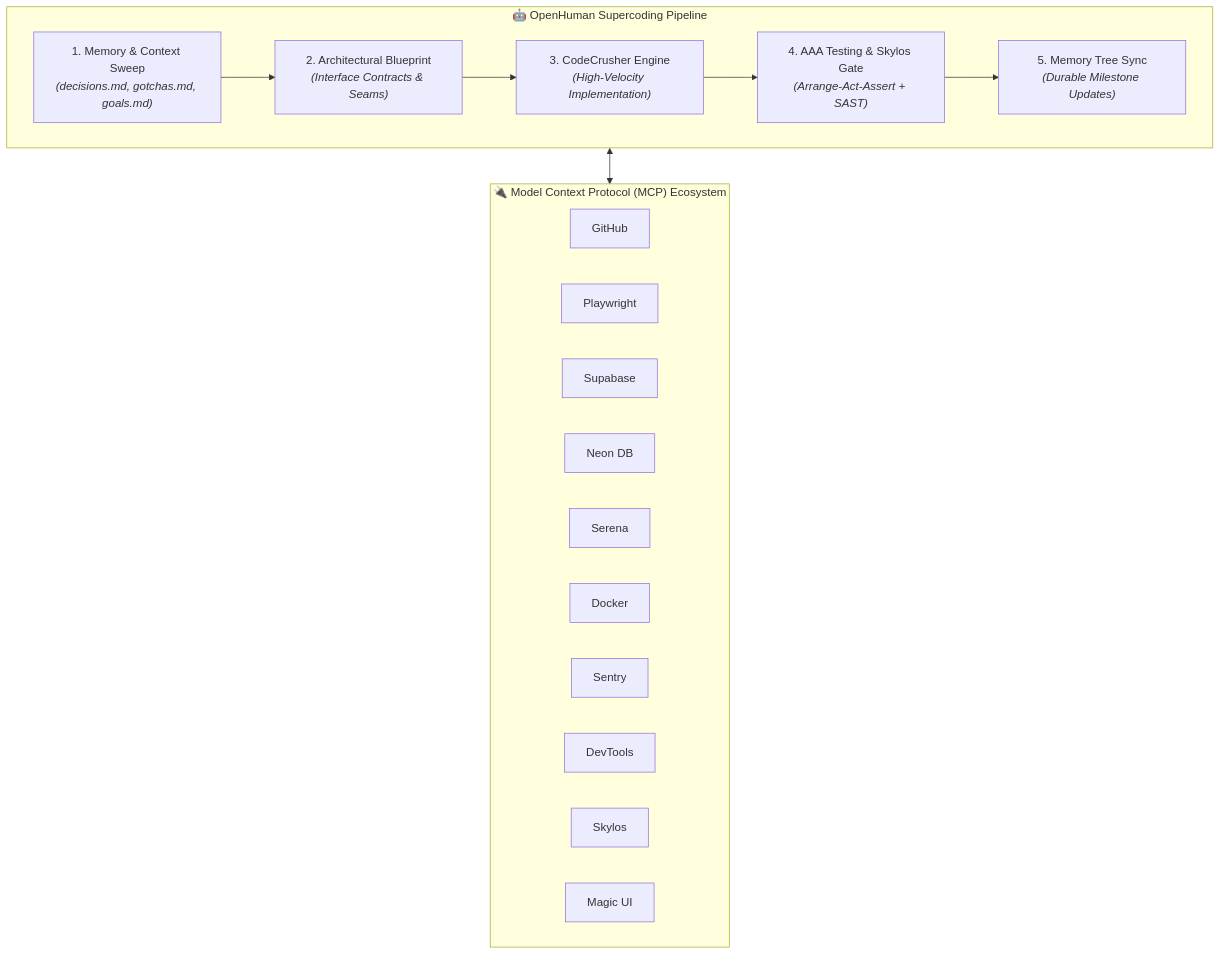
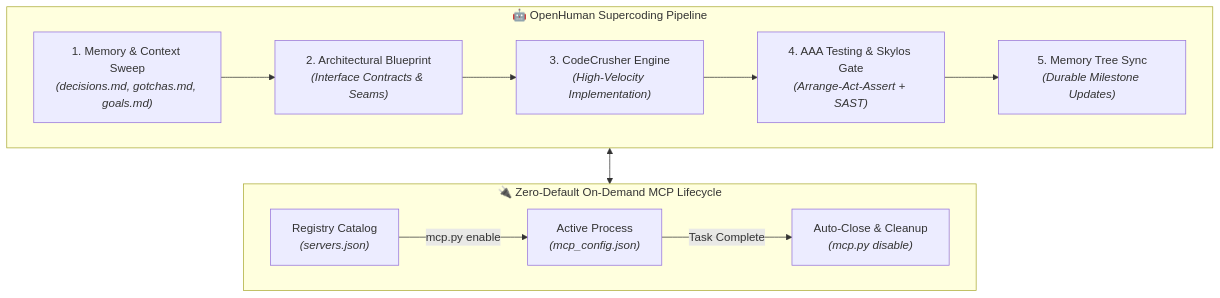
Before and after one commit to Myselfnandha/ZeroGravity: the diagram in README.md, drawn with Mermaid. The commit also changed other lines of this file and 11 other files, not shown here.

Commit message:
feat(core): production Core Slim package (~1.3MB XZ) with Zero-Default on-demand MCP manager and auto-closing lifecycle

````diff
--- a/README.md
+++ b/README.md
@@ -35,27 +36,19 @@
 ```mermaid
 flowchart TB
     subgraph Core ["🤖 OpenHuman Supercoding Pipeline"]
         S1["1. Memory & Context Sweep<br/><i>(decisions.md, gotchas.md, goals.md)</i>"]
         S2["2. Architectural Blueprint<br/><i>(Interface Contracts & Seams)</i>"]
         S3["3. CodeCrusher Engine<br/><i>(High-Velocity Implementation)</i>"]
         S4["4. AAA Testing & Skylos Gate<br/><i>(Arrange-Act-Assert + SAST)</i>"]
         S5["5. Memory Tree Sync<br/><i>(Durable Milestone Updates)</i>"]
         S1 --> S2 --> S3 --> S4 --> S5
     end
 
-    subgraph Runtime ["🔌 Model Context Protocol (MCP) Ecosystem"]
+    subgraph Runtime ["🔌 Zero-Default On-Demand MCP Lifecycle"]
         direction LR
-        GH["GitHub"]
-        PW["Playwright"]
-        SB["Supabase"]
-        NN["Neon DB"]
-        SR["Serena"]
-        DK["Docker"]
-        ST["Sentry"]
-        CD["DevTools"]
-        SK["Skylos"]
-        MG["Magic UI"]
+        MC["Registry Catalog<br/><i>(servers.json)</i>"] -->|mcp.py enable| ON["Active Process<br/><i>(mcp_config.json)</i>"]
+        ON -->|Task Complete| OFF["Auto-Close & Cleanup<br/><i>(mcp.py disable)</i>"]
     end
 
     Core <--> Runtime
 ```
````
